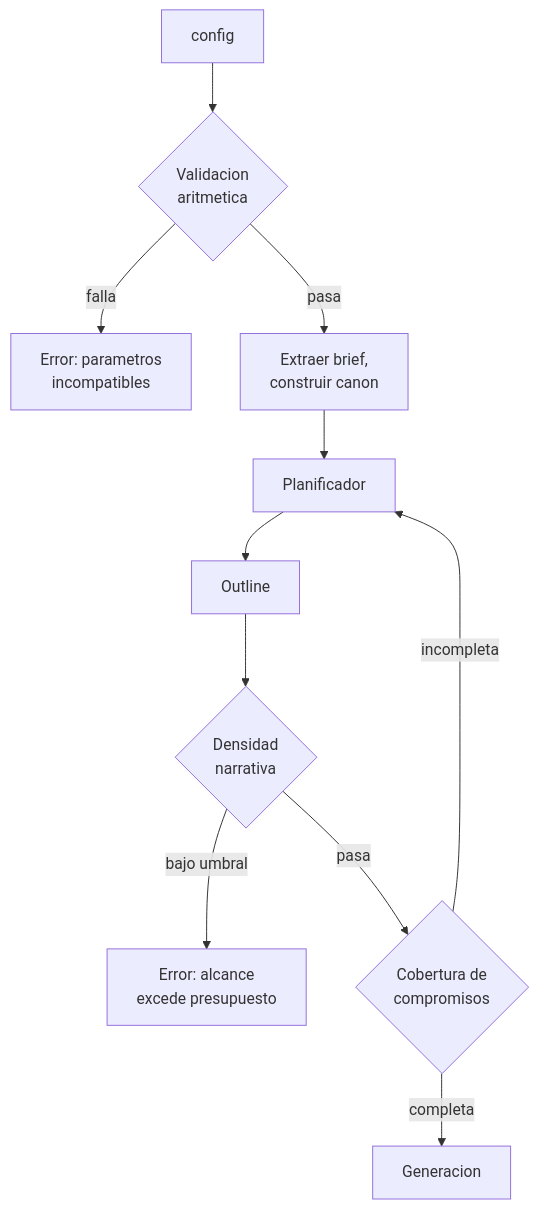
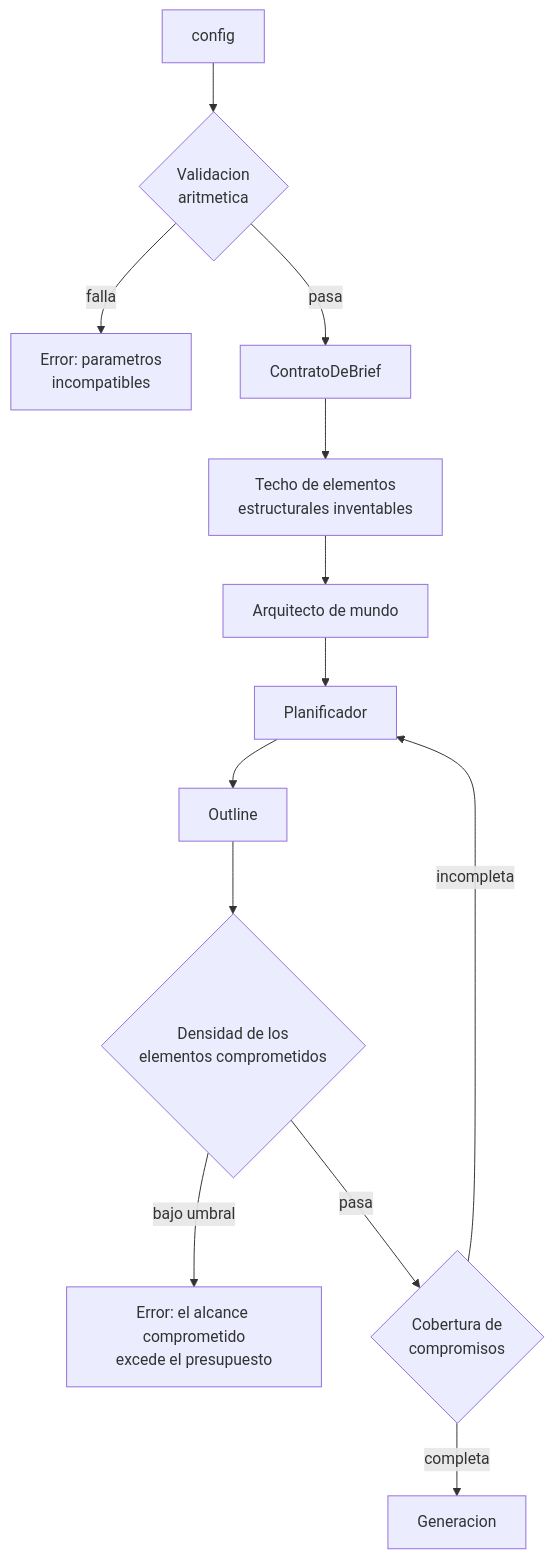
One commit to JNico-rb/story-maker changed the sixth of 10 diagrams in docs/architecture.md. Above: the diagram before and after it, drawn with Mermaid. The commit also changed other lines of this file and 10 other files, not shown here.

````diff
--- a/docs/architecture.md
+++ b/docs/architecture.md
@@ -244,14 +437,16 @@
 ```mermaid
 graph TD
     CFG[config] --> VAL{Validacion<br/>aritmetica}
     VAL -->|falla| ERR1[Error: parametros<br/>incompatibles]
-    VAL -->|pasa| PROC[Extraer brief,<br/>construir canon]
+    VAL -->|pasa| CB[ContratoDeBrief]
 
-    PROC --> PLA[Planificador]
+    CB --> TECH[Techo de elementos<br/>estructurales inventables]
+    TECH --> AM[Arquitecto de mundo]
+    AM --> PLA[Planificador]
     PLA --> OUT[Outline]
-    OUT --> DEN{Densidad<br/>narrativa}
-    DEN -->|bajo umbral| ERR2[Error: alcance<br/>excede presupuesto]
+    OUT --> DEN{Densidad de los<br/>elementos comprometidos}
+    DEN -->|bajo umbral| ERR2[Error: el alcance comprometido<br/>excede el presupuesto]
     DEN -->|pasa| COB{Cobertura de<br/>compromisos}
     COB -->|incompleta| PLA
     COB -->|completa| GEN[Generacion]
 ```
````
